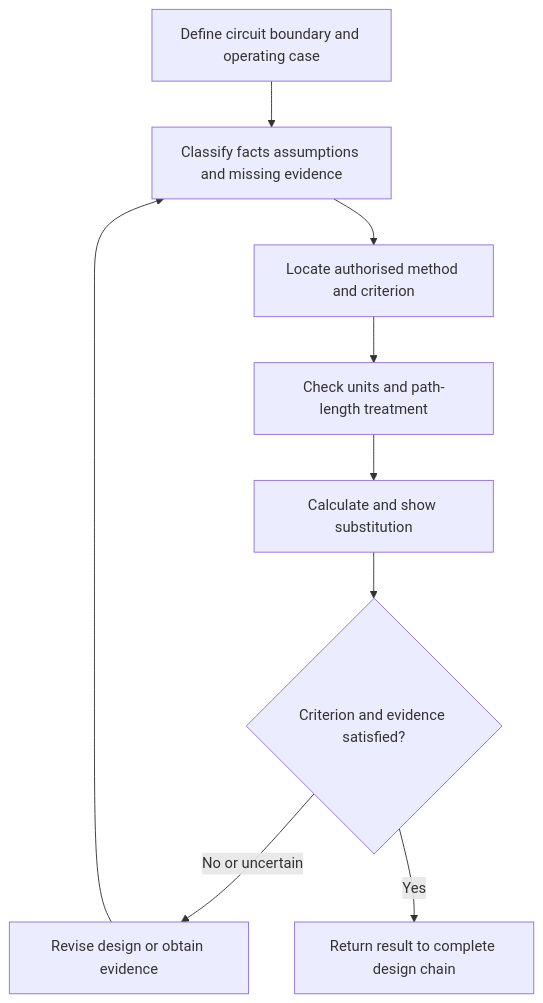
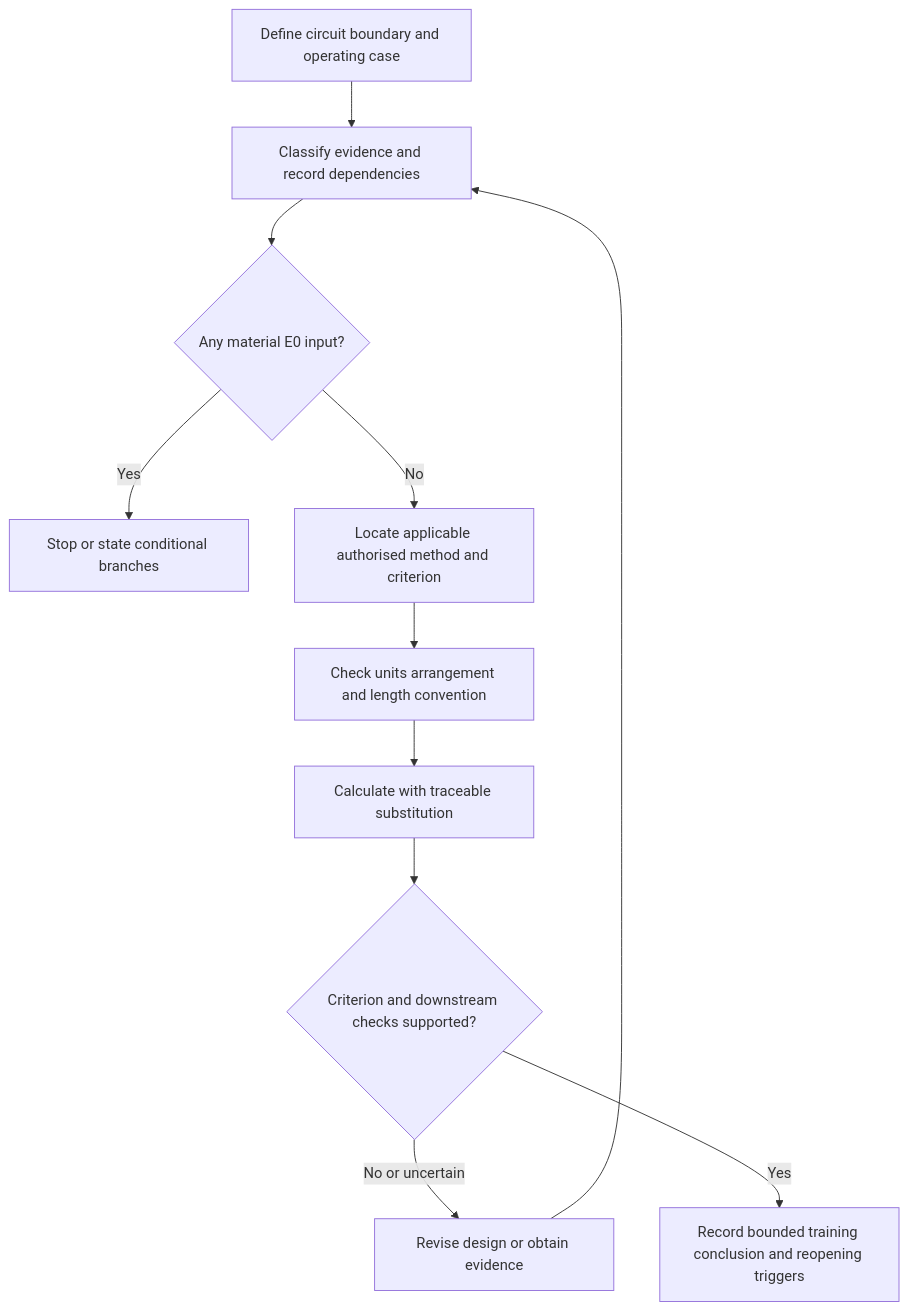
The first of 2 diagrams in docs/learning-plans/6-week/modules/day-18-voltage-drop-concepts-and-calculation-workflow.md (andrew3stedall/capstone), drawn with Mermaid before and after one commit. The commit also changed other lines of this file, not shown here.

````diff
--- a/docs/learning-plans/6-week/modules/day-18-voltage-drop-concepts-and-calculation-workflow.md
+++ b/docs/learning-plans/6-week/modules/day-18-voltage-drop-concepts-and-calculation-workflow.md
@@ -87,11 +120,13 @@
 ```mermaid
 flowchart TD
-    A[Define circuit boundary and operating case] --> B[Classify facts assumptions and missing evidence]
-    B --> C[Locate authorised method and criterion]
-    C --> D[Check units and path-length treatment]
-    D --> E[Calculate and show substitution]
-    E --> F{Criterion and evidence satisfied?}
-    F -->|No or uncertain| G[Revise design or obtain evidence]
-    G --> B
-    F -->|Yes| H[Return result to complete design chain]
+    A18[Define circuit boundary and operating case] --> B18[Classify evidence and record dependencies]
+    B18 --> C18{Any material E0 input?}
+    C18 -->|Yes| D18[Stop or state conditional branches]
+    C18 -->|No| E18[Locate applicable authorised method and criterion]
+    E18 --> F18[Check units arrangement and length convention]
+    F18 --> G18[Calculate with traceable substitution]
+    G18 --> H18{Criterion and downstream checks supported?}
+    H18 -->|No or uncertain| I18[Revise design or obtain evidence]
+    I18 --> B18
+    H18 -->|Yes| J18[Record bounded training conclusion and reopening triggers]
 ```
````
